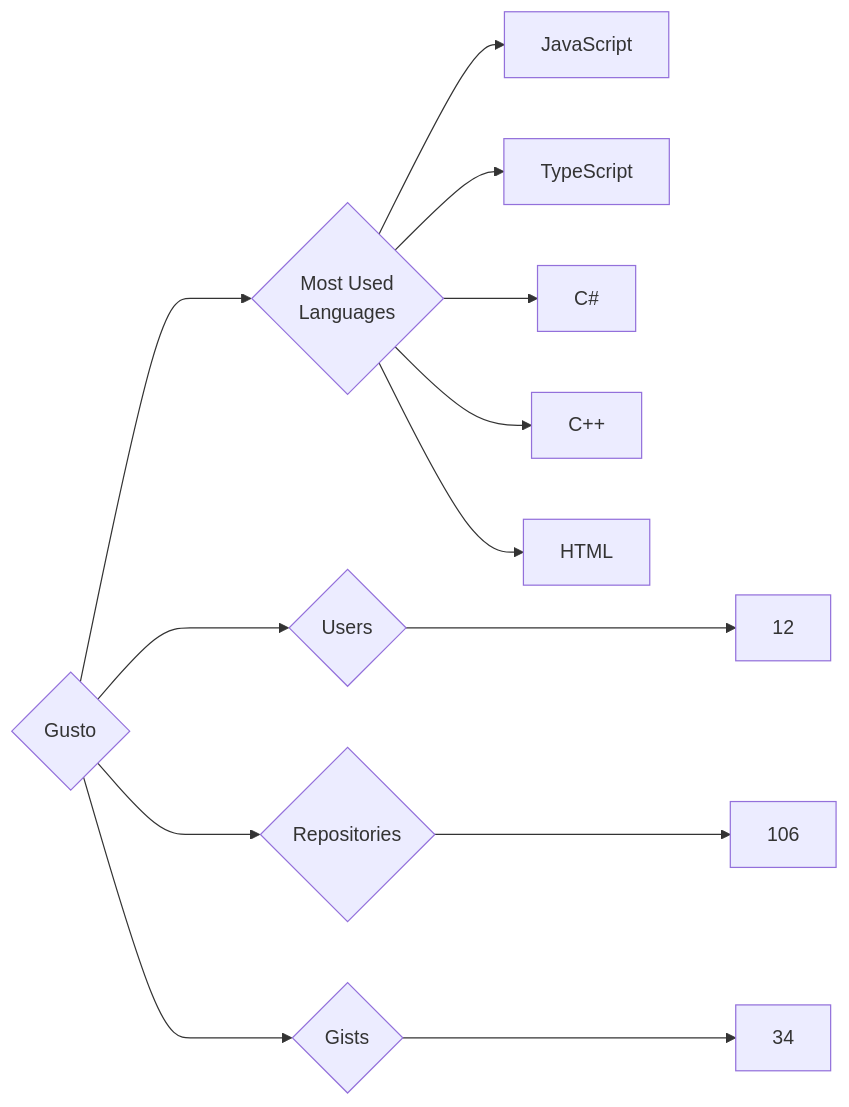
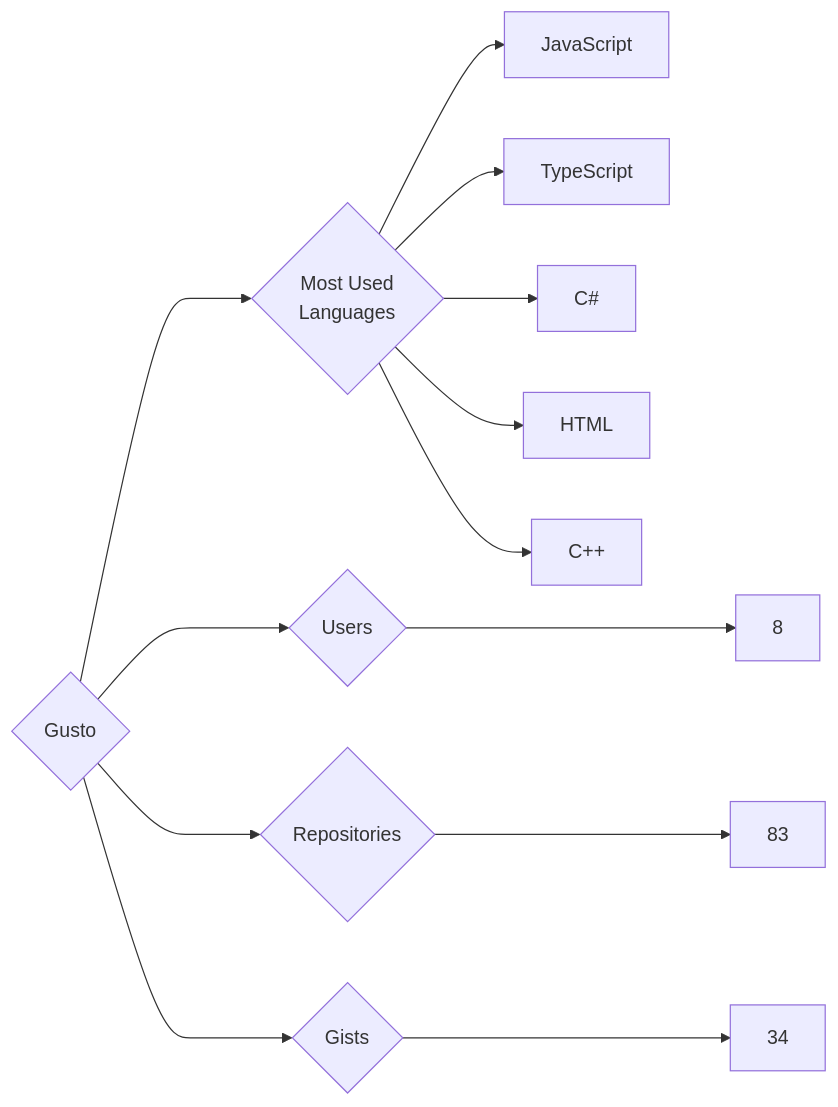
Before and after one commit to trickest/insiders: the diagram in targets/Gusto/README.md, drawn with Mermaid. The commit also changed 912 other files, not shown here.

````diff
--- a/targets/Gusto/README.md
+++ b/targets/Gusto/README.md
@@ -3,13 +3,13 @@
 ```mermaid
 graph LR
 COMPANY_NAME{Gusto}
-COMPANY_NAME ---> U{Users} ---> UN[12]
-COMPANY_NAME ---> R{Repositories} ---> RN[106]
+COMPANY_NAME ---> U{Users} ---> UN[8]
+COMPANY_NAME ---> R{Repositories} ---> RN[83]
 COMPANY_NAME ---> G{Gists} ---> GN[34]
 COMPANY_NAME ---> ML{Most Used<br>Languages}
 ML --> JavaScript[JavaScript]
 ML --> TypeScript[TypeScript]
 ML --> C#[C#]
+ML --> HTML[HTML]
 ML --> C++[C++]
-ML --> HTML[HTML]
 ```
````
